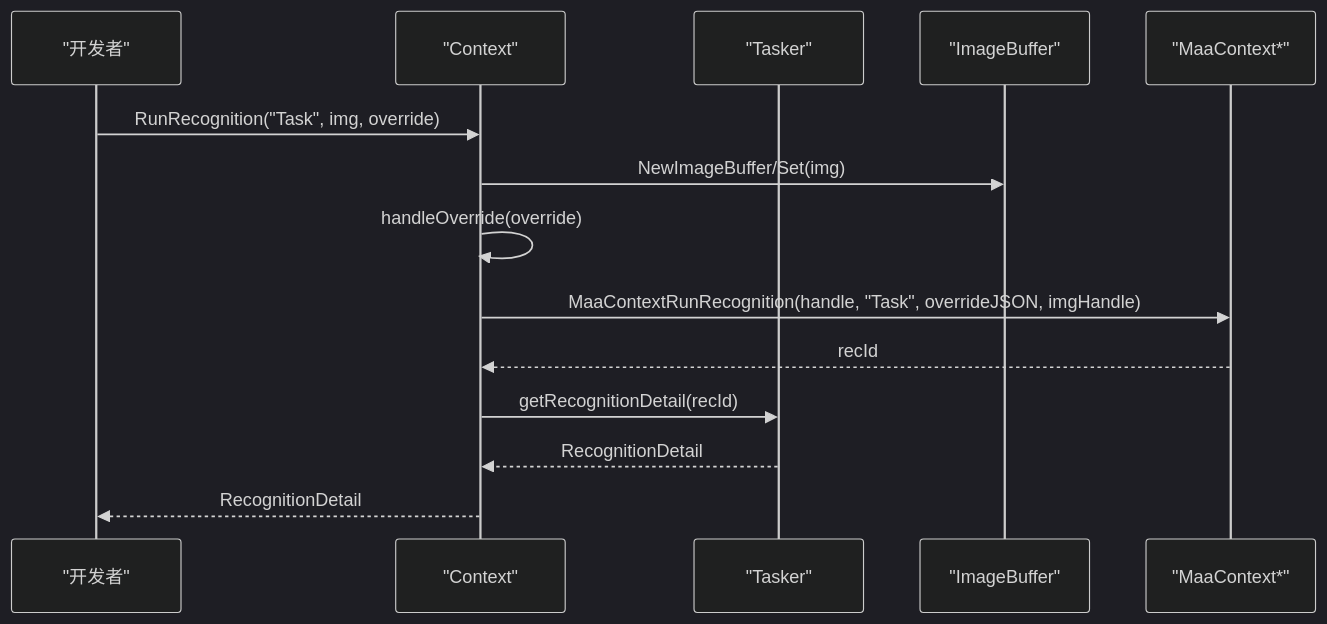
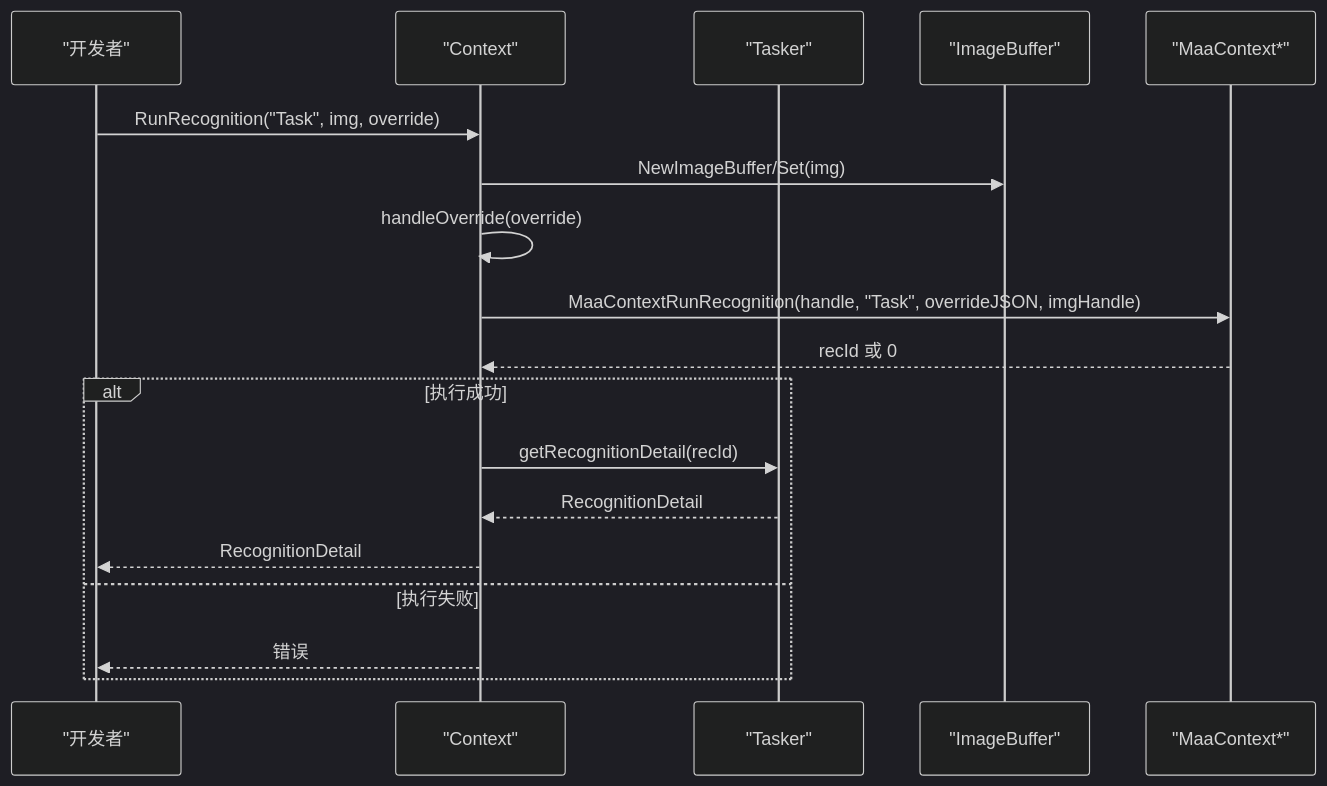
The fourth of 7 diagrams in instructions/maafw-golang-binding/API参考/执行上下文.md (kqcoxn/MaaPipelineEditor), drawn with Mermaid (dark theme) before and after one commit. The commit also changed other lines of this file and 10 other files, not shown here.

````diff
--- a/instructions/maafw-golang-binding/API参考/执行上下文.md
+++ b/instructions/maafw-golang-binding/API参考/执行上下文.md
@@ -402,16 +513,20 @@
 ```mermaid
 sequenceDiagram
 participant Dev as "开发者"
 participant Ctx as "Context"
 participant Tsk as "Tasker"
 participant Buf as "ImageBuffer"
 participant N as "MaaContext*"
 Dev->>Ctx : RunRecognition("Task", img, override)
 Ctx->>Buf : NewImageBuffer/Set(img)
 Ctx->>Ctx : handleOverride(override)
 Ctx->>N : MaaContextRunRecognition(handle, "Task", overrideJSON, imgHandle)
-N-->>Ctx : recId
+N-->>Ctx : recId 或 0
+alt 执行成功
 Ctx->>Tsk : getRecognitionDetail(recId)
 Tsk-->>Ctx : RecognitionDetail
 Ctx-->>Dev : RecognitionDetail
+else 执行失败
+Ctx-->>Dev : 错误
+end
 ```
````
